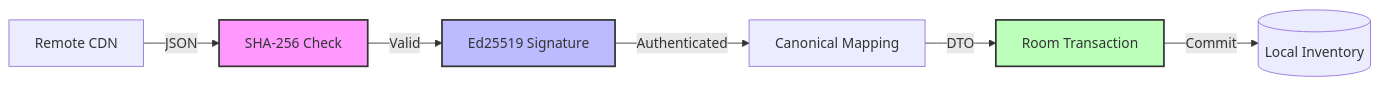
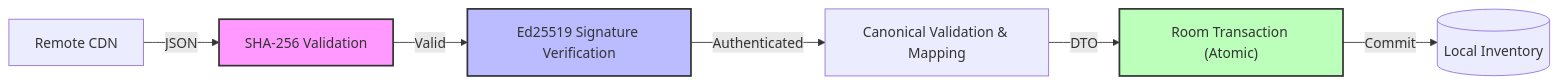
The diagram in applications/kocolor/Docs/PackageInvetory/walkthrough_final.md (developerY/ProBase), drawn with Mermaid before and after one commit. The commit also changed other lines of this file and 5 other files, not shown here.

First line of the commit message:
feat: refactor package ingestion for signature-first verification and atomic persistence

````diff
--- a/applications/kocolor/Docs/PackageInvetory/walkthrough_final.md
+++ b/applications/kocolor/Docs/PackageInvetory/walkthrough_final.md
@@ -22,12 +22,12 @@
 ```mermaid
 graph LR
-    CDN["Remote CDN"] -- JSON --> Hash["SHA-256 Check"]
-    Hash -- Valid --> Sig["Ed25519 Signature"]
-    Sig -- Authenticated --> Map["Canonical Mapping"]
-    Map -- DTO --> Trans["Room Transaction"]
+    CDN["Remote CDN"] -- JSON --> Hash["SHA-256 Validation"]
+    Hash -- Valid --> Sig["Ed25519 Signature Verification"]
+    Sig -- Authenticated --> Map["Canonical Validation & Mapping"]
+    Map -- DTO --> Trans["Room Transaction (Atomic)"]
     Trans -- Commit --> DB[("Local Inventory")]
 
     style Hash fill:#f9f,stroke:#333,stroke-width:2px
     style Sig fill:#bbf,stroke:#333,stroke-width:2px
     style Trans fill:#bfb,stroke:#333,stroke-width:2px
 ```
````
